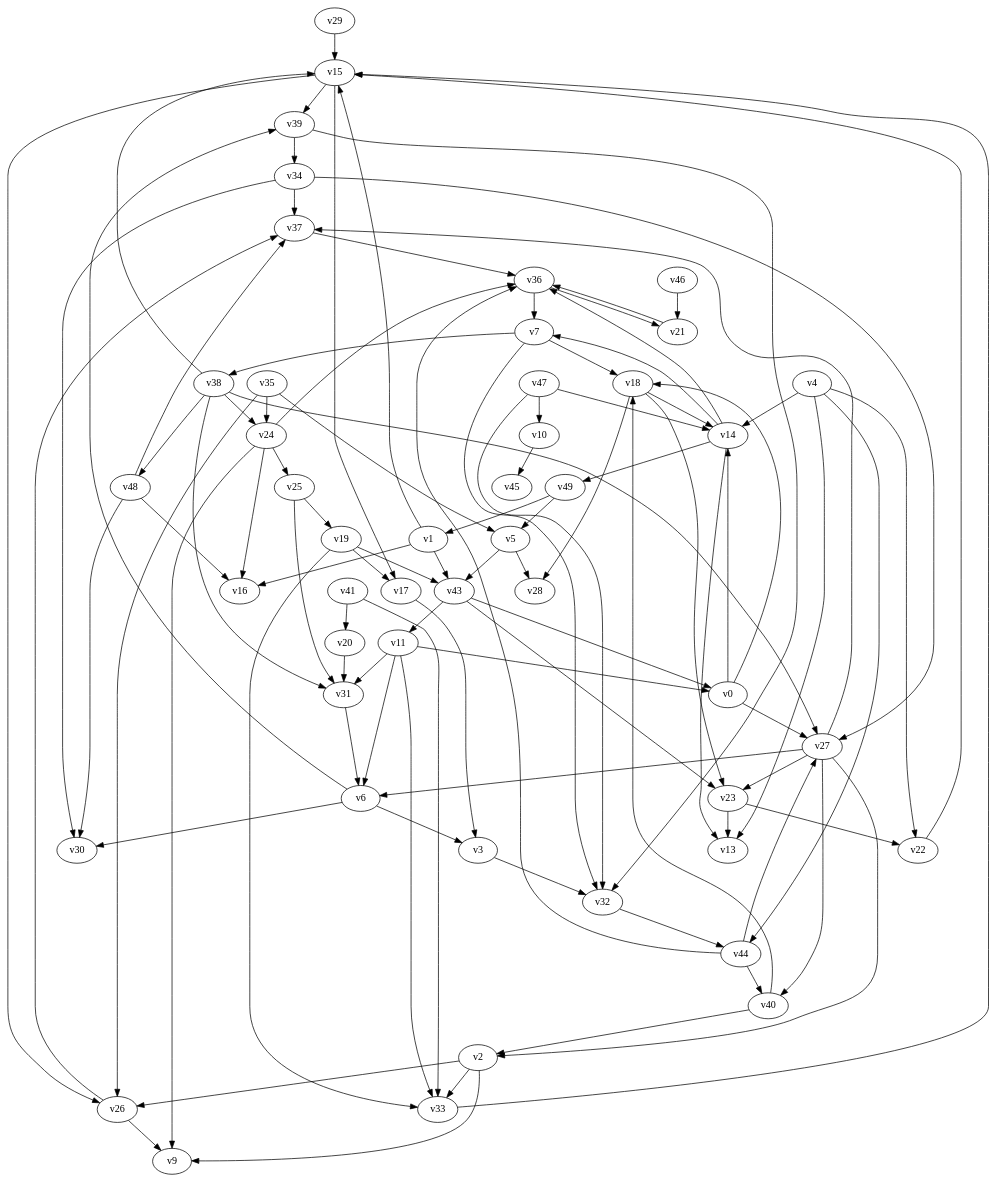
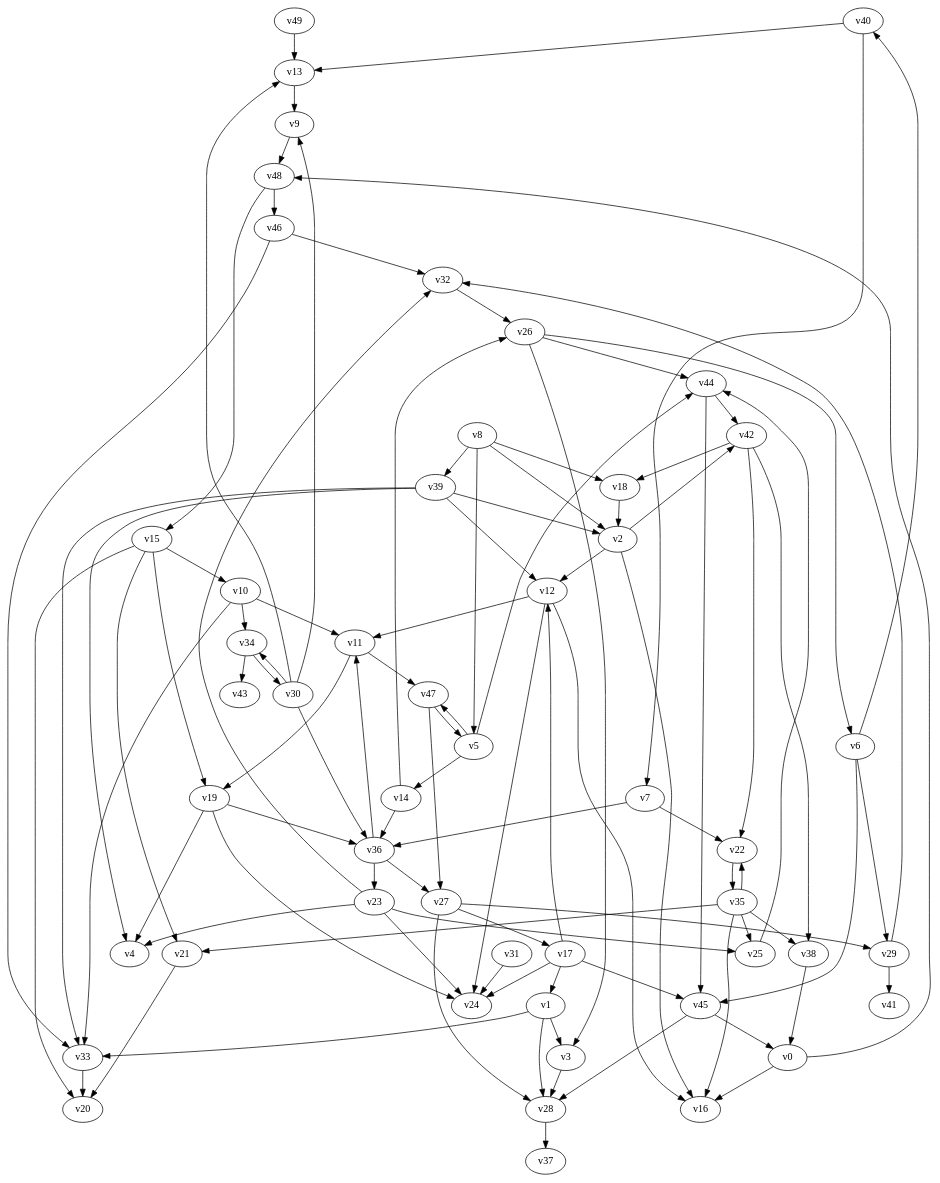
The diagram in graph_visualization.dot (Dynaclo/capstone-132), drawn with Graphviz before and after one commit. The commit also changed 1 other file, not shown here.

```diff
--- a/graph_visualization.dot
+++ b/graph_visualization.dot
@@ -1,100 +1,101 @@
 digraph G {
-  "v29" -> "v15";
-  "v25" -> "v19";
-  "v25" -> "v31";
-  "v34" -> "v37";
+  "v40" -> "v13";
+  "v40" -> "v7";
+  "v19" -> "v36";
+  "v19" -> "v4";
+  "v19" -> "v24";
+  "v46" -> "v33";
+  "v46" -> "v32";
+  "v31" -> "v24";
+  "v12" -> "v16";
+  "v12" -> "v24";
+  "v12" -> "v11";
+  "v33" -> "v20";
+  "v29" -> "v32";
+  "v29" -> "v41";
+  "v5" -> "v44";
+  "v5" -> "v14";
+  "v5" -> "v47";
+  "v42" -> "v38";
+  "v42" -> "v22";
+  "v42" -> "v18";
+  "v17" -> "v24";
+  "v17" -> "v45";
+  "v17" -> "v1";
+  "v17" -> "v12";
+  "v10" -> "v34";
+  "v10" -> "v11";
+  "v10" -> "v33";
+  "v35" -> "v38";
+  "v35" -> "v22";
+  "v35" -> "v21";
+  "v35" -> "v25";
+  "v35" -> "v16";
+  "v8" -> "v39";
+  "v8" -> "v5";
+  "v8" -> "v2";
+  "v8" -> "v18";
+  "v14" -> "v36";
+  "v14" -> "v26";
+  "v21" -> "v20";
+  "v6" -> "v29";
+  "v6" -> "v45";
+  "v6" -> "v40";
+  "v25" -> "v44";
+  "v49" -> "v13";
+  "v23" -> "v25";
+  "v23" -> "v32";
+  "v23" -> "v24";
+  "v23" -> "v4";
+  "v30" -> "v13";
+  "v30" -> "v9";
+  "v30" -> "v34";
+  "v30" -> "v36";
+  "v13" -> "v9";
+  "v11" -> "v47";
+  "v11" -> "v19";
+  "v39" -> "v4";
+  "v39" -> "v2";
+  "v39" -> "v33";
+  "v39" -> "v12";
+  "v26" -> "v3";
+  "v26" -> "v6";
+  "v26" -> "v44";
+  "v47" -> "v27";
+  "v47" -> "v5";
+  "v32" -> "v26";
+  "v48" -> "v15";
+  "v48" -> "v46";
+  "v27" -> "v29";
+  "v27" -> "v17";
+  "v27" -> "v28";
+  "v2" -> "v16";
+  "v2" -> "v42";
+  "v2" -> "v12";
+  "v0" -> "v16";
+  "v0" -> "v48";
   "v34" -> "v30";
-  "v34" -> "v27";
-  "v1" -> "v15";
-  "v1" -> "v43";
-  "v1" -> "v16";
-  "v0" -> "v18";
-  "v0" -> "v27";
-  "v0" -> "v14";
-  "v39" -> "v34";
-  "v39" -> "v32";
-  "v26" -> "v9";
-  "v26" -> "v37";
-  "v41" -> "v33";
-  "v41" -> "v20";
-  "v33" -> "v15";
-  "v46" -> "v21";
-  "v43" -> "v11";
-  "v43" -> "v23";
-  "v43" -> "v0";
-  "v7" -> "v18";
-  "v7" -> "v32";
-  "v7" -> "v38";
-  "v19" -> "v17";
-  "v19" -> "v43";
-  "v19" -> "v33";
-  "v44" -> "v40";
-  "v44" -> "v27";
-  "v44" -> "v36";
-  "v49" -> "v5";
-  "v49" -> "v1";
-  "v17" -> "v3";
-  "v14" -> "v36";
-  "v14" -> "v49";
-  "v14" -> "v7";
-  "v14" -> "v13";
-  "v31" -> "v6";
-  "v21" -> "v36";
-  "v4" -> "v13";
-  "v4" -> "v14";
-  "v4" -> "v44";
-  "v4" -> "v22";
-  "v36" -> "v21";
-  "v36" -> "v7";
-  "v23" -> "v22";
-  "v23" -> "v13";
-  "v32" -> "v44";
-  "v40" -> "v2";
-  "v40" -> "v18";
-  "v24" -> "v16";
-  "v24" -> "v36";
-  "v24" -> "v9";
-  "v24" -> "v25";
-  "v38" -> "v24";
-  "v38" -> "v31";
-  "v38" -> "v15";
-  "v38" -> "v48";
-  "v38" -> "v27";
-  "v2" -> "v33";
-  "v2" -> "v26";
-  "v2" -> "v9";
-  "v5" -> "v28";
-  "v5" -> "v43";
-  "v10" -> "v45";
-  "v27" -> "v6";
-  "v27" -> "v23";
-  "v27" -> "v2";
-  "v27" -> "v40";
-  "v27" -> "v37";
-  "v6" -> "v3";
-  "v6" -> "v39";
-  "v6" -> "v30";
-  "v11" -> "v33";
-  "v11" -> "v0";
-  "v11" -> "v6";
-  "v11" -> "v31";
-  "v22" -> "v15";
-  "v18" -> "v23";
-  "v18" -> "v14";
-  "v18" -> "v28";
-  "v48" -> "v16";
-  "v48" -> "v37";
-  "v48" -> "v30";
-  "v35" -> "v5";
-  "v35" -> "v26";
-  "v35" -> "v24";
-  "v47" -> "v10";
-  "v47" -> "v32";
-  "v47" -> "v14";
-  "v20" -> "v31";
-  "v37" -> "v36";
-  "v15" -> "v26";
-  "v15" -> "v17";
-  "v15" -> "v39";
-  "v3" -> "v32";
+  "v34" -> "v43";
+  "v15" -> "v10";
+  "v15" -> "v21";
+  "v15" -> "v19";
+  "v15" -> "v20";
+  "v3" -> "v28";
+  "v22" -> "v35";
+  "v45" -> "v28";
+  "v45" -> "v0";
+  "v28" -> "v37";
+  "v38" -> "v0";
+  "v7" -> "v36";
+  "v7" -> "v22";
+  "v36" -> "v23";
+  "v36" -> "v27";
+  "v36" -> "v11";
+  "v18" -> "v2";
+  "v9" -> "v48";
+  "v1" -> "v28";
+  "v1" -> "v33";
+  "v1" -> "v3";
+  "v44" -> "v42";
+  "v44" -> "v45";
 }
```
